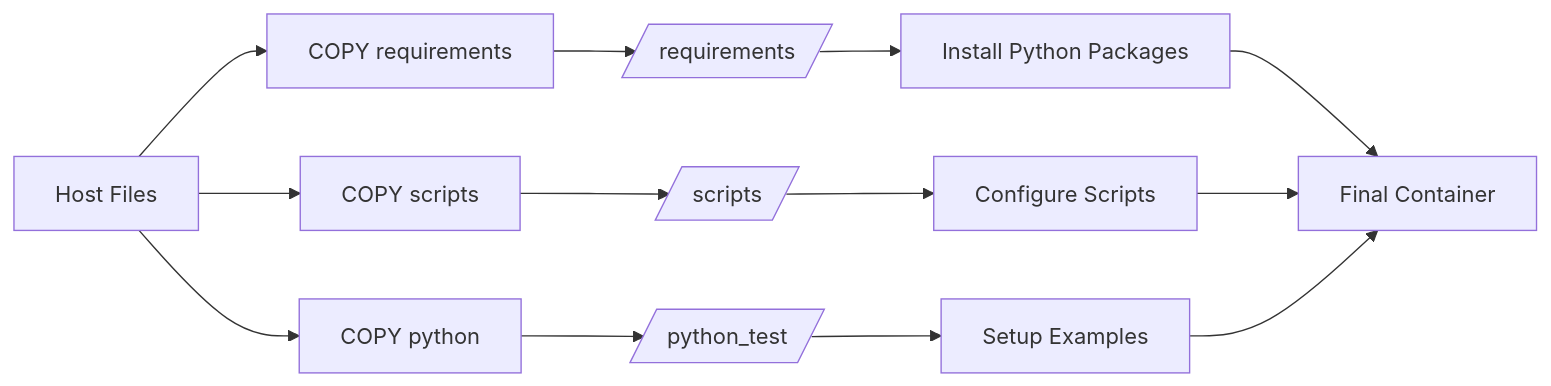
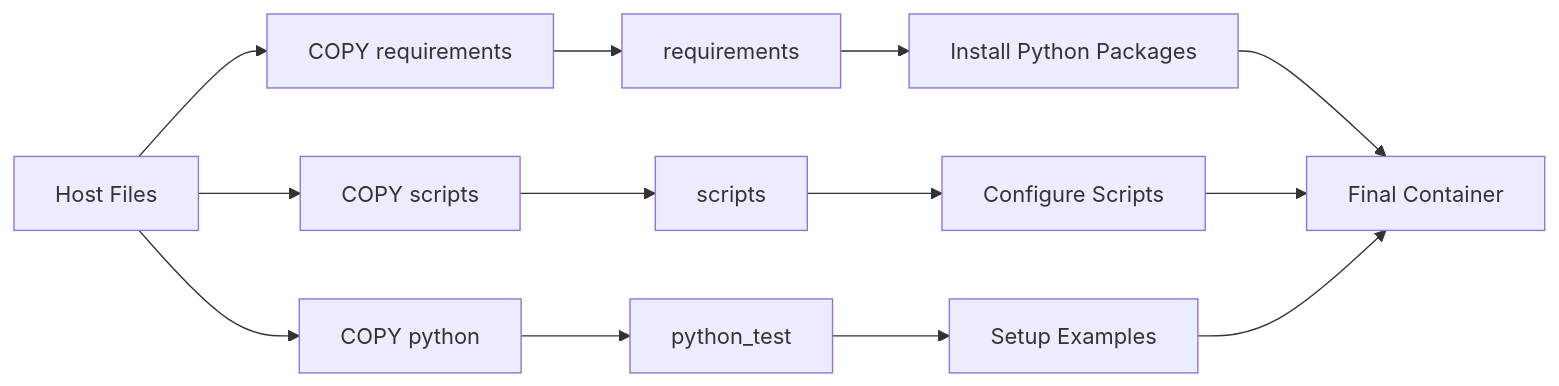
The fourth of 5 diagrams in docker_readme.md (wisrovi/wAgents), drawn with Mermaid before and after one commit. The commit also changed other lines of this file, not shown here.

````diff
--- a/docker_readme.md
+++ b/docker_readme.md
@@ -441,15 +441,15 @@
 ```mermaid
 graph LR
     A[Host Files] --> B[COPY requirements]
-    B --> C[/requirements/]
+    B --> C[requirements]
     A --> D[COPY scripts]
-    D --> E[/scripts/]
+    D --> E[scripts]
     A --> F[COPY python]
-    F --> G[/python_test/]
+    F --> G[python_test]
     C --> H[Install Python Packages]
     E --> I[Configure Scripts]
     G --> J[Setup Examples]
     H --> K[Final Container]
     I --> K
     J --> K
 ```
````
